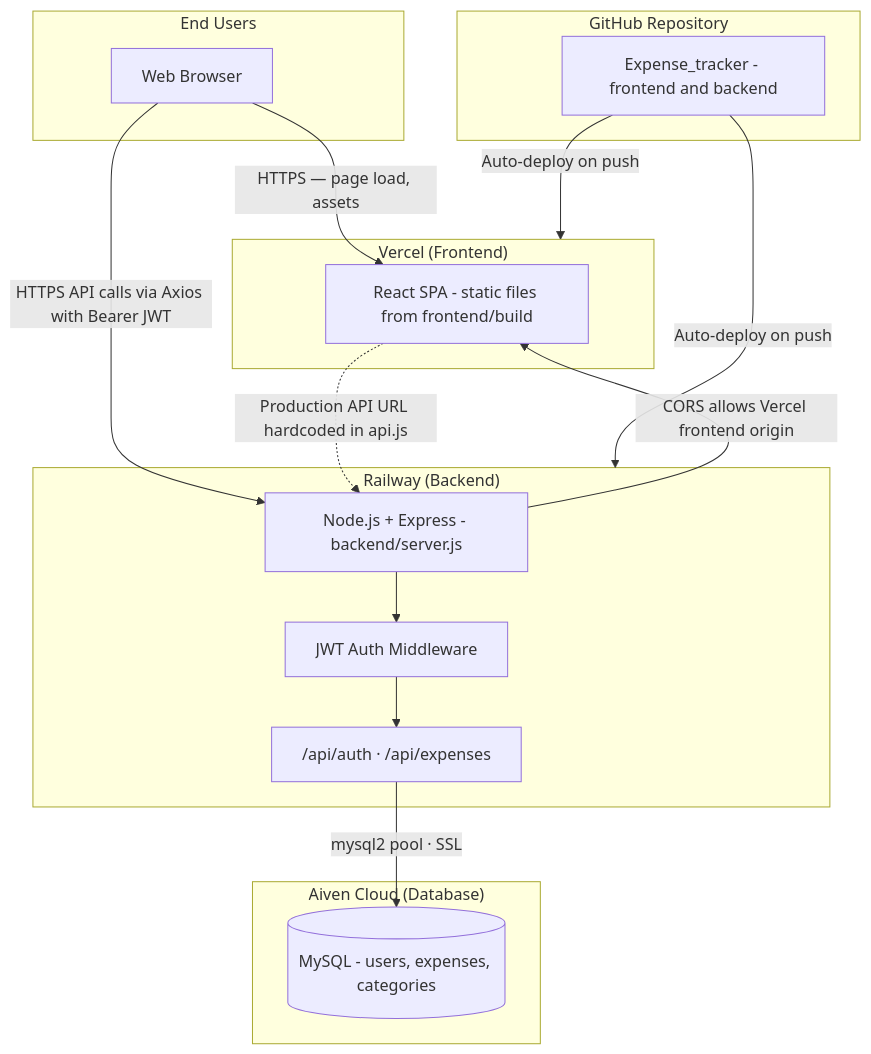
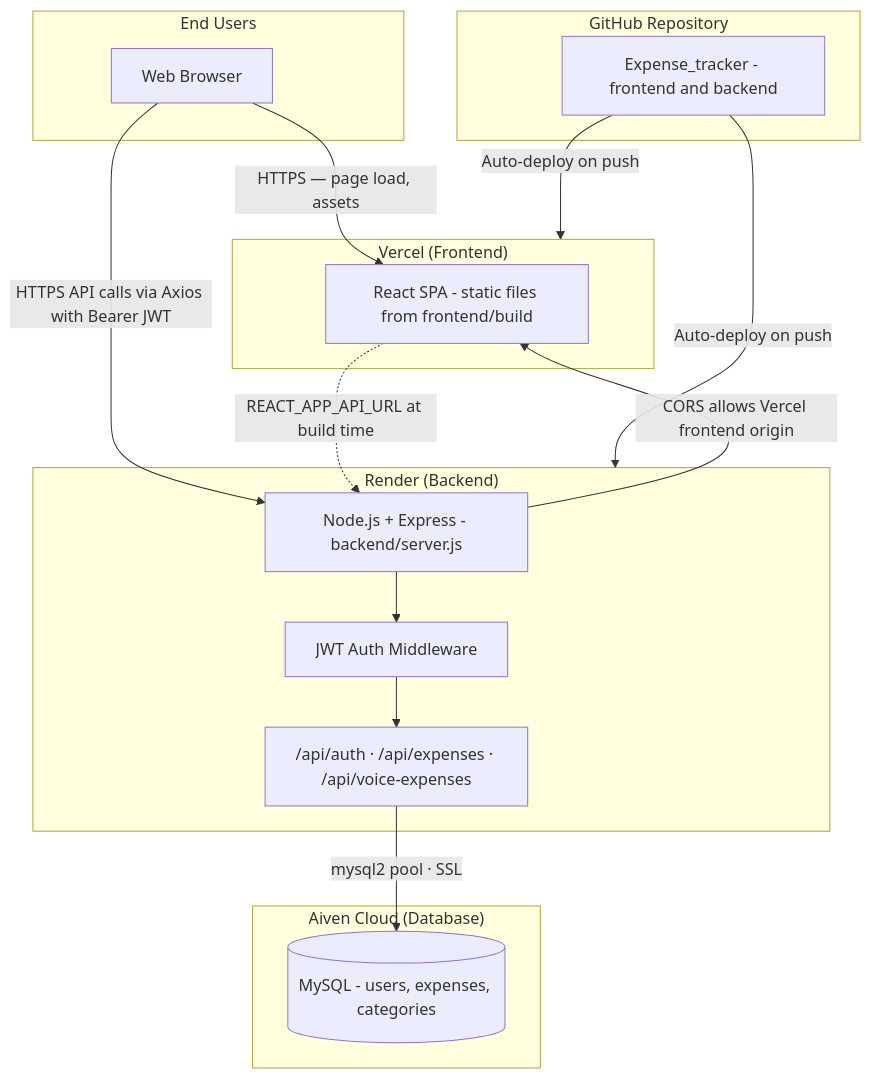
One commit to ShamindaKanchana/Expense_tracker changed the first of 4 diagrams in docs/deployment/architecture.md. Above: the diagram before and after it, drawn with Mermaid. The commit also changed other lines of this file and 3 other files, not shown here.

````diff
--- a/docs/deployment/architecture.md
+++ b/docs/deployment/architecture.md
@@ -29,37 +29,37 @@
 ```mermaid
 flowchart TB
     subgraph Users["End Users"]
         Browser["Web Browser"]
     end
 
     subgraph Vercel["Vercel (Frontend)"]
         SPA["React SPA - static files from frontend/build"]
     end
 
-    subgraph Railway["Railway (Backend)"]
+    subgraph Render["Render (Backend)"]
         API["Node.js + Express - backend/server.js"]
         AuthMW["JWT Auth Middleware"]
-        Routes["/api/auth · /api/expenses"]
+        Routes["/api/auth · /api/expenses · /api/voice-expenses"]
     end
 
     subgraph Aiven["Aiven Cloud (Database)"]
         MySQL[("MySQL - users, expenses, categories")]
     end
 
     subgraph GitHub["GitHub Repository"]
         Repo["Expense_tracker - frontend and backend"]
     end
 
     Browser -->|"HTTPS — page load, assets"| SPA
     Browser -->|"HTTPS API calls via Axios with Bearer JWT"| API
 
-    SPA -.->|"Production API URL hardcoded in api.js"| API
+    SPA -.->|"REACT_APP_API_URL at build time"| API
 
     API --> AuthMW --> Routes
     Routes -->|"mysql2 pool · SSL"| MySQL
 
     Repo -->|"Auto-deploy on push"| Vercel
-    Repo -->|"Auto-deploy on push"| Railway
+    Repo -->|"Auto-deploy on push"| Render
 
     API -->|"CORS allows Vercel frontend origin"| SPA
 ```
````
